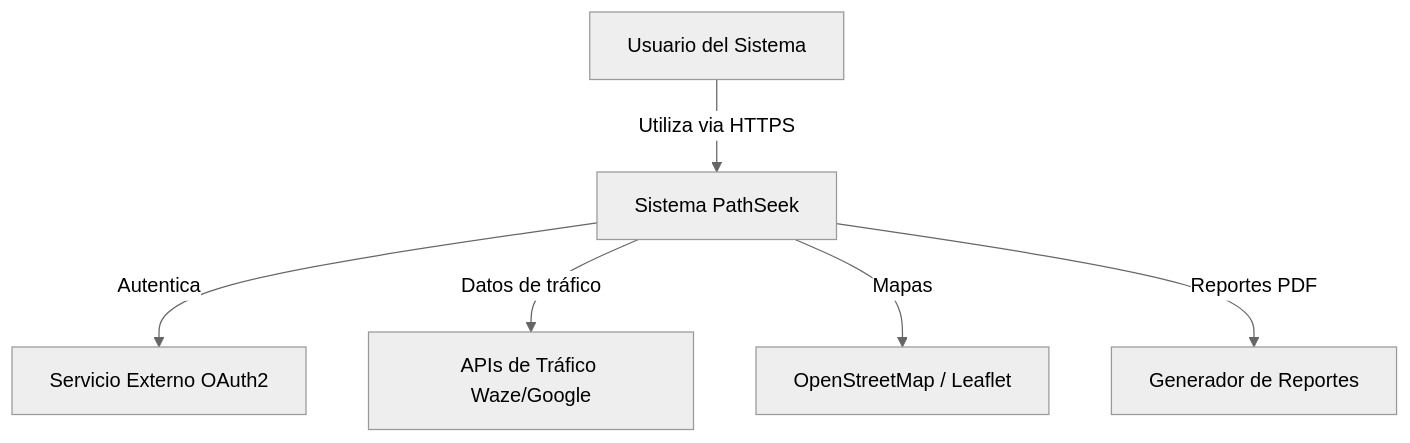
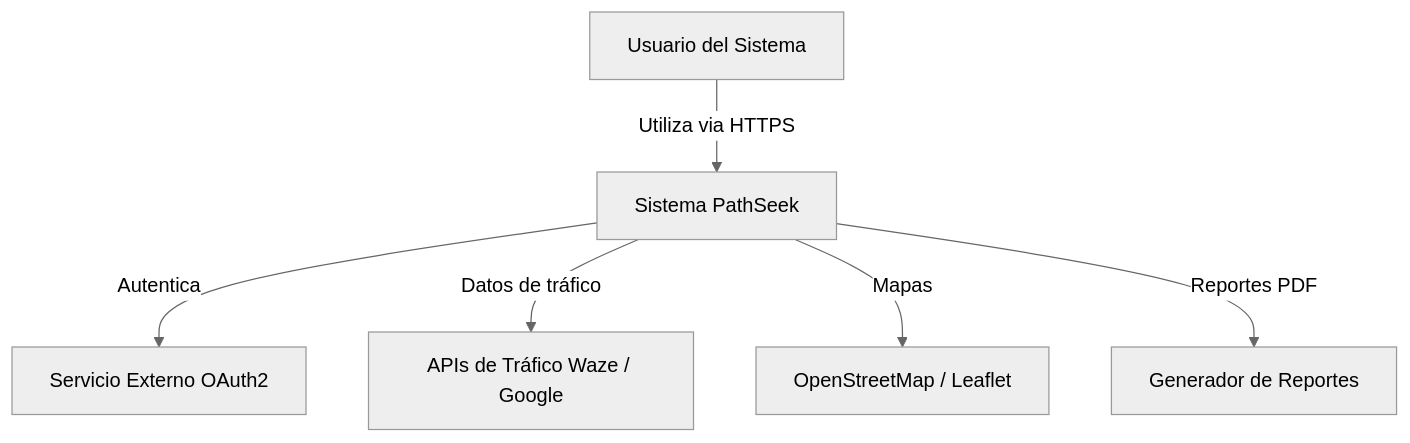
One commit to UmbraFlare-code/PathSeek changed the first of 4 diagrams in docs/01 Inicio/12. Modelo C4 V_1_0_0.md. Above: the diagram before and after it, drawn with Mermaid (neutral theme). The commit also changed other lines of this file, not shown here.

Commit message:
docs: actualizar los diagramas Mermaid del documento 12. Modelo C4

````diff
--- a/docs/01 Inicio/12. Modelo C4 V_1_0_0.md
+++ b/docs/01 Inicio/12. Modelo C4 V_1_0_0.md
@@ -12,8 +12,8 @@
 ```mermaid
 graph TD
-    User[Usuario del Sistema] -->|Utiliza via HTTPS| System[Sistema PathSeek]
-    System -->|Autentica| Auth[Servicio Externo OAuth2]
-    System -->|Datos de tráfico| Traffic[APIs de Tráfico Waze/Google]
-    System -->|Mapas| Maps[OpenStreetMap / Leaflet]
-    System -->|Reportes PDF| Report[Generador de Reportes]
+    User["Usuario del Sistema"] -->|"Utiliza via HTTPS"| System["Sistema PathSeek"]
+    System -->|"Autentica"| Auth["Servicio Externo OAuth2"]
+    System -->|"Datos de tráfico"| Traffic["APIs de Tráfico Waze / Google"]
+    System -->|"Mapas"| Maps["OpenStreetMap / Leaflet"]
+    System -->|"Reportes PDF"| Report["Generador de Reportes"]
 ```
````
